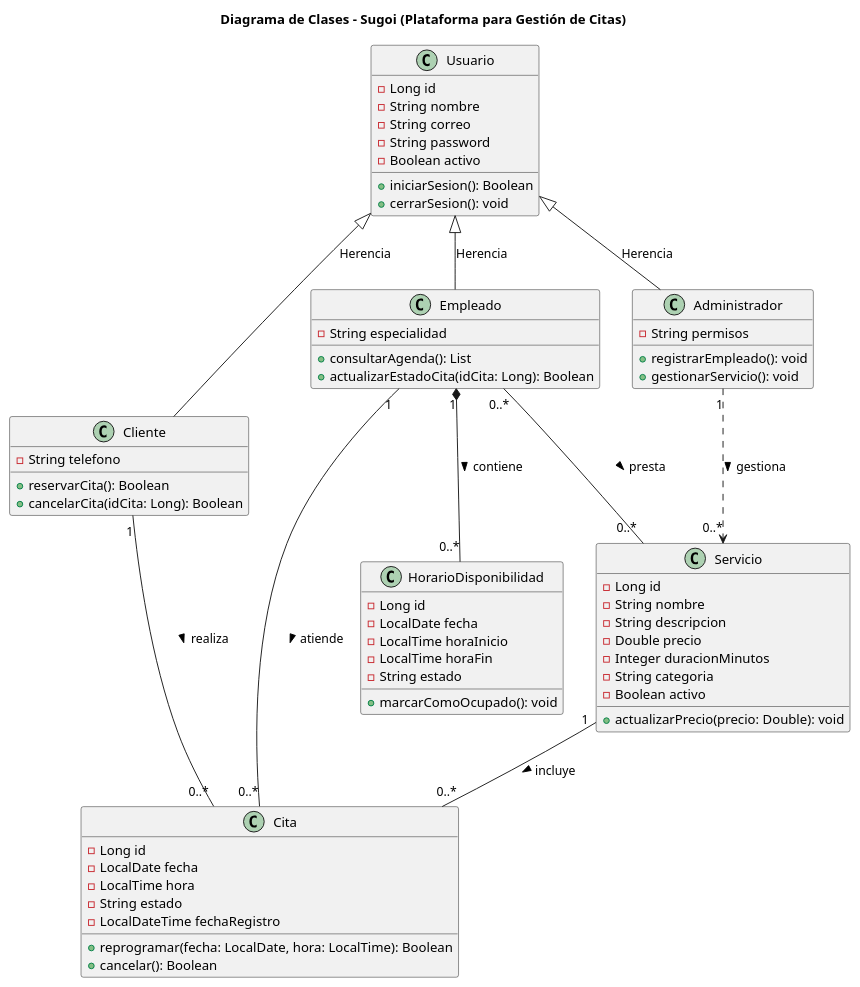
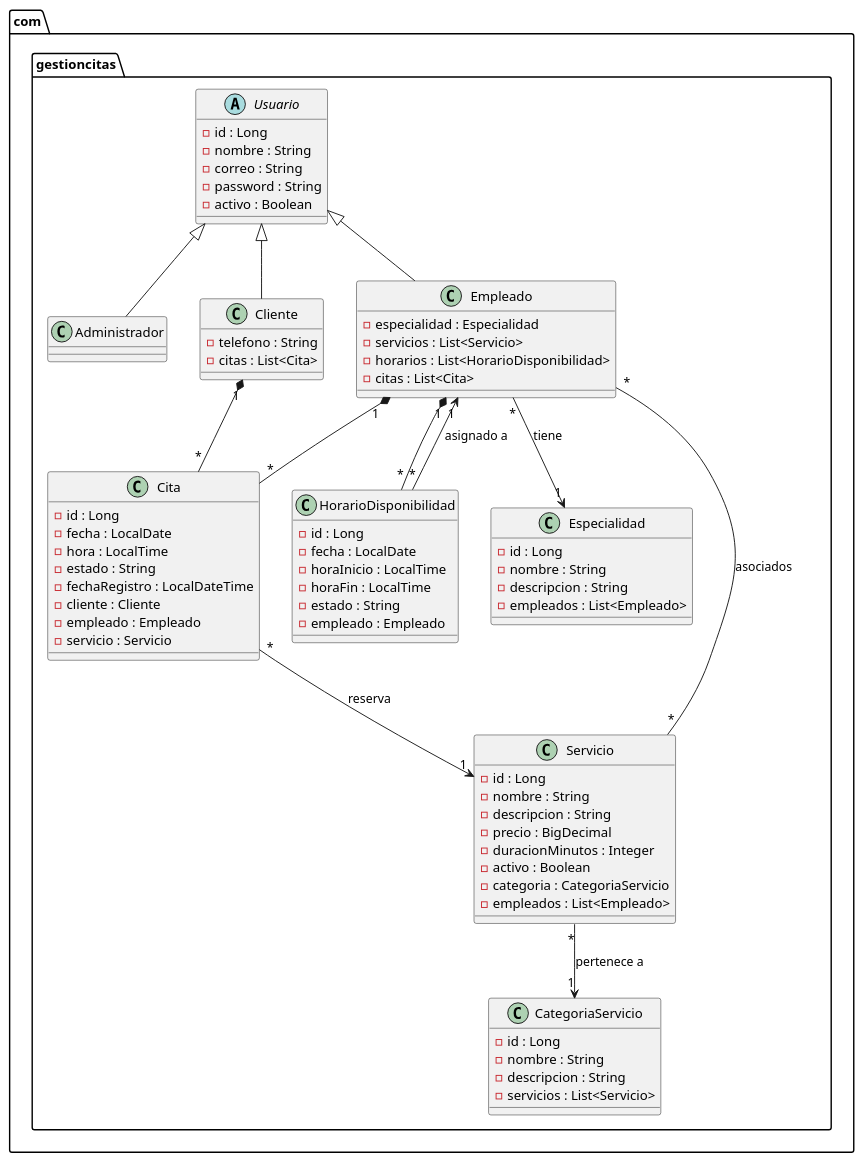
Before and after one commit to unice786/Plataforma-para-Gestion-de-Citas: the diagram in diagramas/diagrama_clases.puml, drawn with PlantUML. The commit also changed 8 other files, not shown here.

Commit message:
[SCRUM-12] May: Actualiza diagrama de clases JPA y simplifica herencia

```diff
--- a/diagramas/diagrama_clases.puml
+++ b/diagramas/diagrama_clases.puml
@@ -1,75 +1,91 @@
-@startuml
-title Diagrama de Clases - Sugoi (Plataforma para Gestión de Citas)
+@startuml Diagrama_Clases_JPA
 
-class Usuario {
-    -Long id
-    -String nombre
-    -String correo
-    -String password
-    -Boolean activo
-    +iniciarSesion(): Boolean
-    +cerrarSesion(): void
+package com.gestioncitas {
+
+    abstract class Usuario {
+        - id : Long
+        - nombre : String
+        - correo : String
+        - password : String
+        - activo : Boolean
+    }
+
+    class Administrador {
+    }
+
+    class Cliente {
+        - telefono : String
+        - citas : List<Cita>
+    }
+
+    class Empleado {
+        - especialidad : Especialidad
+        - servicios : List<Servicio>
+        - horarios : List<HorarioDisponibilidad>
+        - citas : List<Cita>
+    }
+
+    class Especialidad {
+        - id : Long
+        - nombre : String
+        - descripcion : String
+        - empleados : List<Empleado>
+    }
+
+    class CategoriaServicio {
+        - id : Long
+        - nombre : String
+        - descripcion : String
+        - servicios : List<Servicio>
+    }
+
+    class Servicio {
+        - id : Long
+        - nombre : String
+        - descripcion : String
+        - precio : BigDecimal
+        - duracionMinutos : Integer
+        - activo : Boolean
+        - categoria : CategoriaServicio
+        - empleados : List<Empleado>
+    }
+
+    class HorarioDisponibilidad {
+        - id : Long
+        - fecha : LocalDate
+        - horaInicio : LocalTime
+        - horaFin : LocalTime
+        - estado : String
+        - empleado : Empleado
+    }
+
+    class Cita {
+        - id : Long
+        - fecha : LocalDate
+        - hora : LocalTime
+        - estado : String
+        - fechaRegistro : LocalDateTime
+        - cliente : Cliente
+        - empleado : Empleado
+        - servicio : Servicio
+    }
+
+    ' Relaciones de herencia Java
+    Usuario <|-- Administrador
+    Usuario <|-- Cliente
+    Usuario <|-- Empleado
+
+    ' Relaciones de composición/asociación
+    Empleado "*" --> "1" Especialidad : "tiene"
+    Servicio "*" --> "1" CategoriaServicio : "pertenece a"
+    HorarioDisponibilidad "*" --> "1" Empleado : "asignado a"
+
+    Empleado "1" *-- "*" HorarioDisponibilidad
+    Empleado "1" *-- "*" Cita
+    Cliente "1" *-- "*" Cita
+
+    Empleado "*" -- "*" Servicio : "asociados"
+    Cita "*" --> "1" Servicio : "reserva"
 }
 
-class Cliente {
-    -String telefono
-    +reservarCita(): Boolean
-    +cancelarCita(idCita: Long): Boolean
-}
-
-class Empleado {
-    -String especialidad
-    +consultarAgenda(): List
-    +actualizarEstadoCita(idCita: Long): Boolean
-}
-
-class Administrador {
-    -String permisos
-    +registrarEmpleado(): void
-    +gestionarServicio(): void
-}
-
-class Servicio {
-    -Long id
-    -String nombre
-    -String descripcion
-    -Double precio
-    -Integer duracionMinutos
-    -String categoria
-    -Boolean activo
-    +actualizarPrecio(precio: Double): void
-}
-
-class HorarioDisponibilidad {
-    -Long id
-    -LocalDate fecha
-    -LocalTime horaInicio
-    -LocalTime horaFin
-    -String estado
-    +marcarComoOcupado(): void
-}
-
-class Cita {
-    -Long id
-    -LocalDate fecha
-    -LocalTime hora
-    -String estado
-    -LocalDateTime fechaRegistro
-    +reprogramar(fecha: LocalDate, hora: LocalTime): Boolean
-    +cancelar(): Boolean
-}
-
-' --- Herencia ---
-Usuario <|-- Cliente : Herencia
-Usuario <|-- Empleado : Herencia
-Usuario <|-- Administrador : Herencia
-
-' --- Relaciones y Multiplicidad ---
-Cliente "1" -- "0..*" Cita : realiza >
-Empleado "1" -- "0..*" Cita : atiende >
-Servicio "1" -- "0..*" Cita : incluye >
-Empleado "1" *-- "0..*" HorarioDisponibilidad : contiene >
-Empleado "0..*" -- "0..*" Servicio : presta >
-Administrador "1" ..> "0..*" Servicio : gestiona >
-
 @enduml
```
